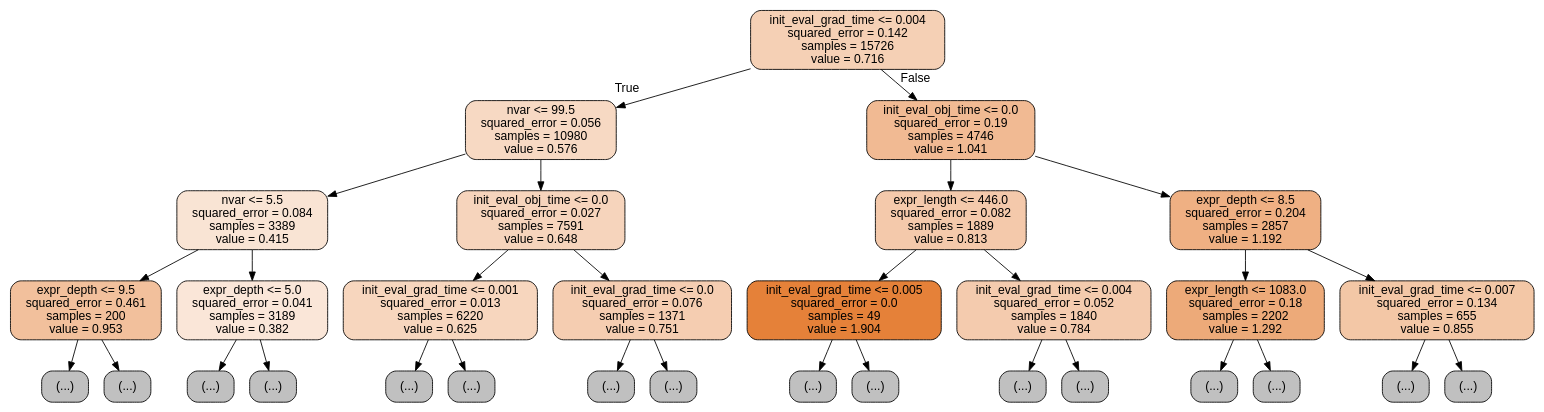
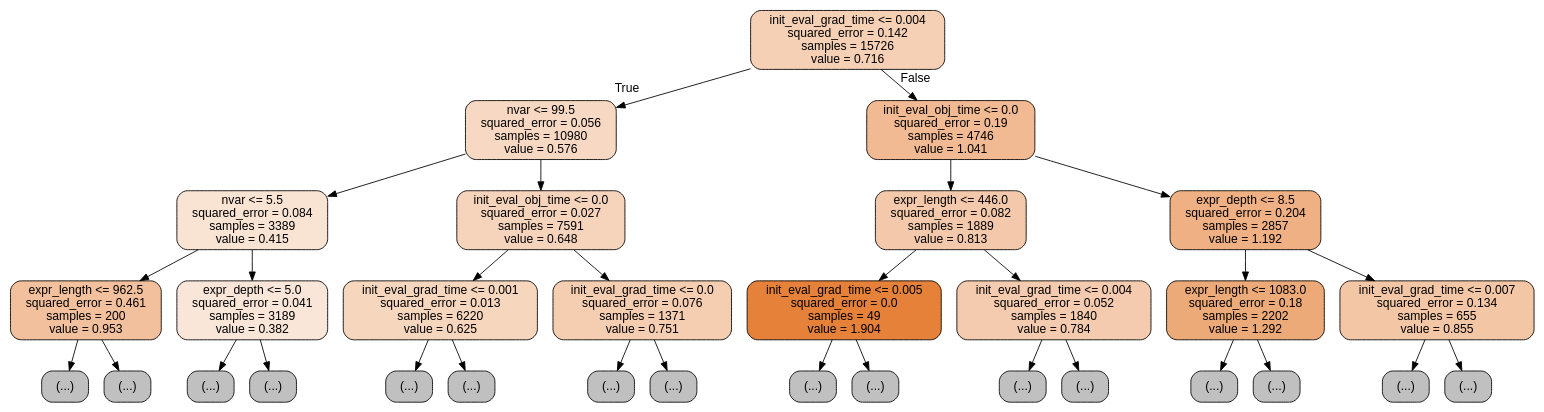
Before and after one commit to nishanmudalige/OptimizationParameterTuning: the diagram in Julia Notebook/src/regression_tree.dot, drawn with Graphviz. The commit also changed 6 other files, not shown here.

```diff
--- a/Julia Notebook/src/regression_tree.dot
+++ b/Julia Notebook/src/regression_tree.dot
@@ -1,65 +1,65 @@
 digraph Tree {
 node [shape=box, style="filled, rounded", color="black", fontname="helvetica"] ;
 edge [fontname="helvetica"] ;
 0 [label="init_eval_grad_time <= 0.004\nsquared_error = 0.142\nsamples = 15726\nvalue = 0.716", fillcolor="#f5d0b5"] ;
 1 [label="nvar <= 99.5\nsquared_error = 0.056\nsamples = 10980\nvalue = 0.576", fillcolor="#f7d9c3"] ;
 0 -> 1 [labeldistance=2.5, labelangle=45, headlabel="True"] ;
 2 [label="nvar <= 5.5\nsquared_error = 0.084\nsamples = 3389\nvalue = 0.415", fillcolor="#f9e4d4"] ;
 1 -> 2 ;
-3 [label="expr_depth <= 9.5\nsquared_error = 0.461\nsamples = 200\nvalue = 0.953", fillcolor="#f2c09c"] ;
+3 [label="expr_length <= 962.5\nsquared_error = 0.461\nsamples = 200\nvalue = 0.953", fillcolor="#f2c09c"] ;
 2 -> 3 ;
 4 [label="(...)", fillcolor="#C0C0C0"] ;
 3 -> 4 ;
-21 [label="(...)", fillcolor="#C0C0C0"] ;
-3 -> 21 ;
+19 [label="(...)", fillcolor="#C0C0C0"] ;
+3 -> 19 ;
 36 [label="expr_depth <= 5.0\nsquared_error = 0.041\nsamples = 3189\nvalue = 0.382", fillcolor="#fae6d8"] ;
 2 -> 36 ;
 37 [label="(...)", fillcolor="#C0C0C0"] ;
 36 -> 37 ;
 64 [label="(...)", fillcolor="#C0C0C0"] ;
 36 -> 64 ;
 121 [label="init_eval_obj_time <= 0.0\nsquared_error = 0.027\nsamples = 7591\nvalue = 0.648", fillcolor="#f6d4bc"] ;
 1 -> 121 ;
 122 [label="init_eval_grad_time <= 0.001\nsquared_error = 0.013\nsamples = 6220\nvalue = 0.625", fillcolor="#f7d6be"] ;
 121 -> 122 ;
 123 [label="(...)", fillcolor="#C0C0C0"] ;
 122 -> 123 ;
 184 [label="(...)", fillcolor="#C0C0C0"] ;
 122 -> 184 ;
 237 [label="init_eval_grad_time <= 0.0\nsquared_error = 0.076\nsamples = 1371\nvalue = 0.751", fillcolor="#f5cdb1"] ;
 121 -> 237 ;
 238 [label="(...)", fillcolor="#C0C0C0"] ;
 237 -> 238 ;
 265 [label="(...)", fillcolor="#C0C0C0"] ;
 237 -> 265 ;
 316 [label="init_eval_obj_time <= 0.0\nsquared_error = 0.19\nsamples = 4746\nvalue = 1.041", fillcolor="#f1ba93"] ;
 0 -> 316 [labeldistance=2.5, labelangle=-45, headlabel="False"] ;
 317 [label="expr_length <= 446.0\nsquared_error = 0.082\nsamples = 1889\nvalue = 0.813", fillcolor="#f4c9ab"] ;
 316 -> 317 ;
 318 [label="init_eval_grad_time <= 0.005\nsquared_error = 0.0\nsamples = 49\nvalue = 1.904", fillcolor="#e58139"] ;
 317 -> 318 ;
 319 [label="(...)", fillcolor="#C0C0C0"] ;
 318 -> 319 ;
 322 [label="(...)", fillcolor="#C0C0C0"] ;
 318 -> 322 ;
 325 [label="init_eval_grad_time <= 0.004\nsquared_error = 0.052\nsamples = 1840\nvalue = 0.784", fillcolor="#f4cbae"] ;
 317 -> 325 ;
 326 [label="(...)", fillcolor="#C0C0C0"] ;
 325 -> 326 ;
 353 [label="(...)", fillcolor="#C0C0C0"] ;
 325 -> 353 ;
 404 [label="expr_depth <= 8.5\nsquared_error = 0.204\nsamples = 2857\nvalue = 1.192", fillcolor="#efb083"] ;
 316 -> 404 ;
 405 [label="expr_length <= 1083.0\nsquared_error = 0.18\nsamples = 2202\nvalue = 1.292", fillcolor="#edaa79"] ;
 404 -> 405 ;
 406 [label="(...)", fillcolor="#C0C0C0"] ;
 405 -> 406 ;
 455 [label="(...)", fillcolor="#C0C0C0"] ;
 405 -> 455 ;
 486 [label="init_eval_grad_time <= 0.007\nsquared_error = 0.134\nsamples = 655\nvalue = 0.855", fillcolor="#f3c7a6"] ;
 404 -> 486 ;
 487 [label="(...)", fillcolor="#C0C0C0"] ;
 486 -> 487 ;
 522 [label="(...)", fillcolor="#C0C0C0"] ;
 486 -> 522 ;
 }
```
